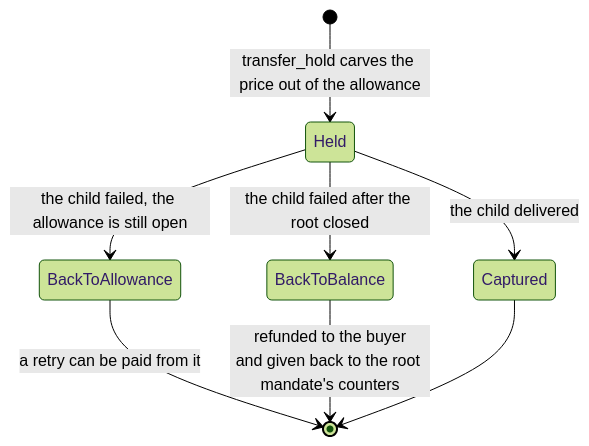
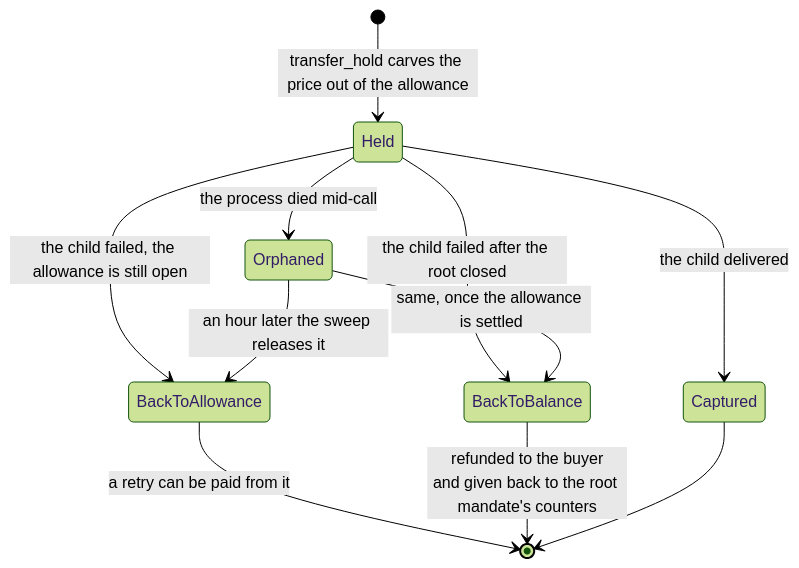
Before and after one commit to alexar76/aimarket-hub: the fourth of 8 diagrams in docs/subcontracting.md, drawn with Mermaid (forest theme). The commit also changed other lines of this file and 34 other files, not shown here.

````diff
--- a/docs/subcontracting.md
+++ b/docs/subcontracting.md
@@ -232,10 +234,13 @@
 ```mermaid
 stateDiagram-v2
     [*] --> Held: transfer_hold carves the price out of the allowance
     Held --> Captured: the child delivered
     Held --> BackToAllowance: the child failed, the allowance is still open
     Held --> BackToBalance: the child failed after the root closed
+    Held --> Orphaned: the process died mid-call
+    Orphaned --> BackToAllowance: an hour later the sweep releases it
+    Orphaned --> BackToBalance: same, once the allowance is settled
     BackToAllowance --> [*]: a retry can be paid from it
     BackToBalance --> [*]: refunded to the buyer<br/>and given back to the root mandate's counters
     Captured --> [*]
 ```
````
